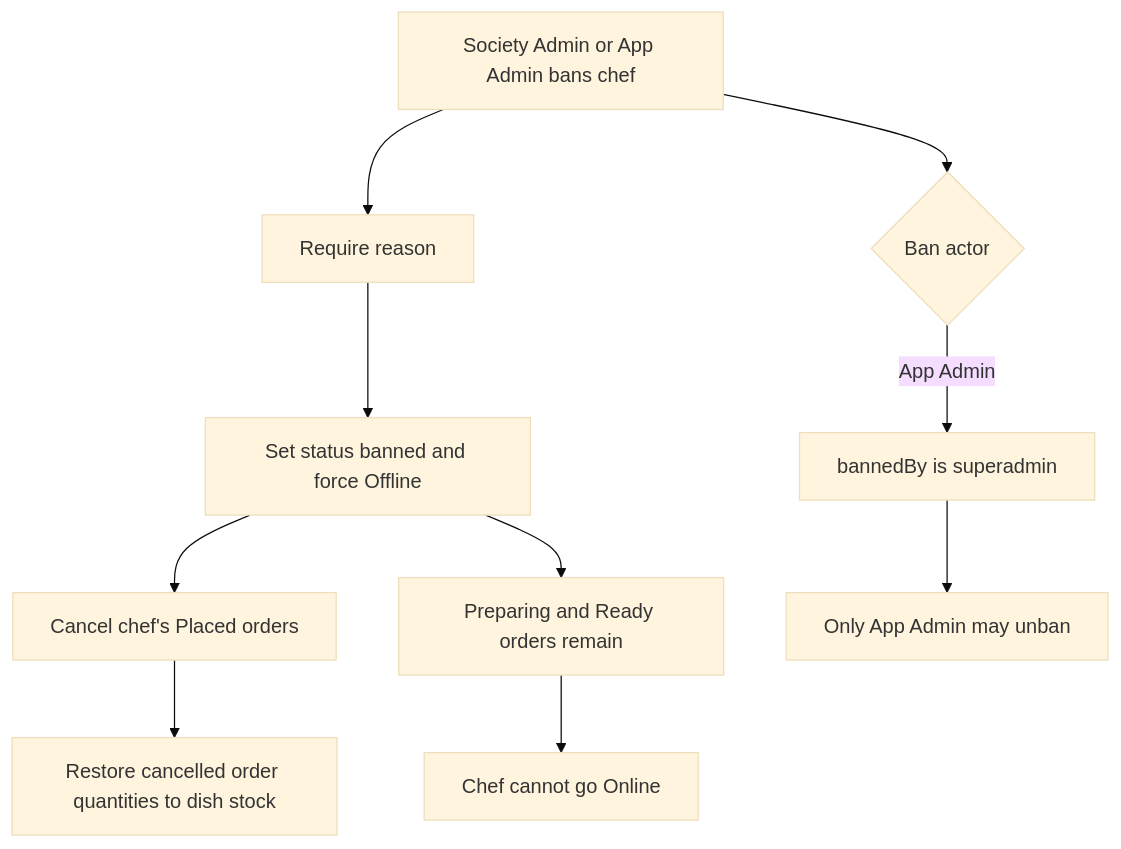
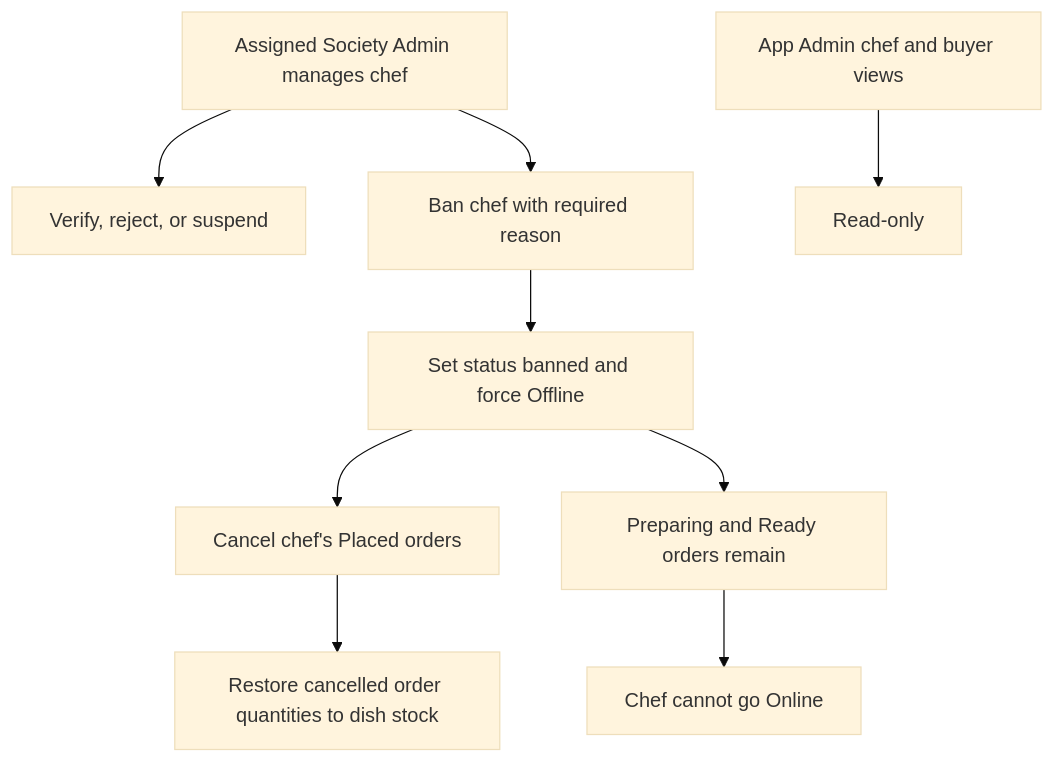
The fourth of 6 diagrams in README.md (sompallinaveen/kitchennextdoor), drawn with Mermaid (base theme) before and after one commit. The commit also changed other lines of this file and 33 other files, not shown here.

````diff
--- a/README.md
+++ b/README.md
@@ -162,12 +162,11 @@
 ```mermaid
 flowchart TD
-    A[Society Admin or App Admin bans chef] --> B[Require reason]
-    B --> C[Set status banned and force Offline]
-    C --> D[Cancel chef's Placed orders]
-    D --> E[Restore cancelled order quantities to dish stock]
-    C --> F[Preparing and Ready orders remain]
-    F --> G[Chef cannot go Online]
-    A --> H{Ban actor}
-    H -->|App Admin| I[bannedBy is superadmin]
-    I --> J[Only App Admin may unban]
+    A[Assigned Society Admin manages chef] --> B[Verify, reject, or suspend]
+    A --> C[Ban chef with required reason]
+    C --> D[Set status banned and force Offline]
+    D --> E[Cancel chef's Placed orders]
+    E --> F[Restore cancelled order quantities to dish stock]
+    D --> G[Preparing and Ready orders remain]
+    G --> H[Chef cannot go Online]
+    I[App Admin chef and buyer views] --> J[Read-only]
 ```
````
